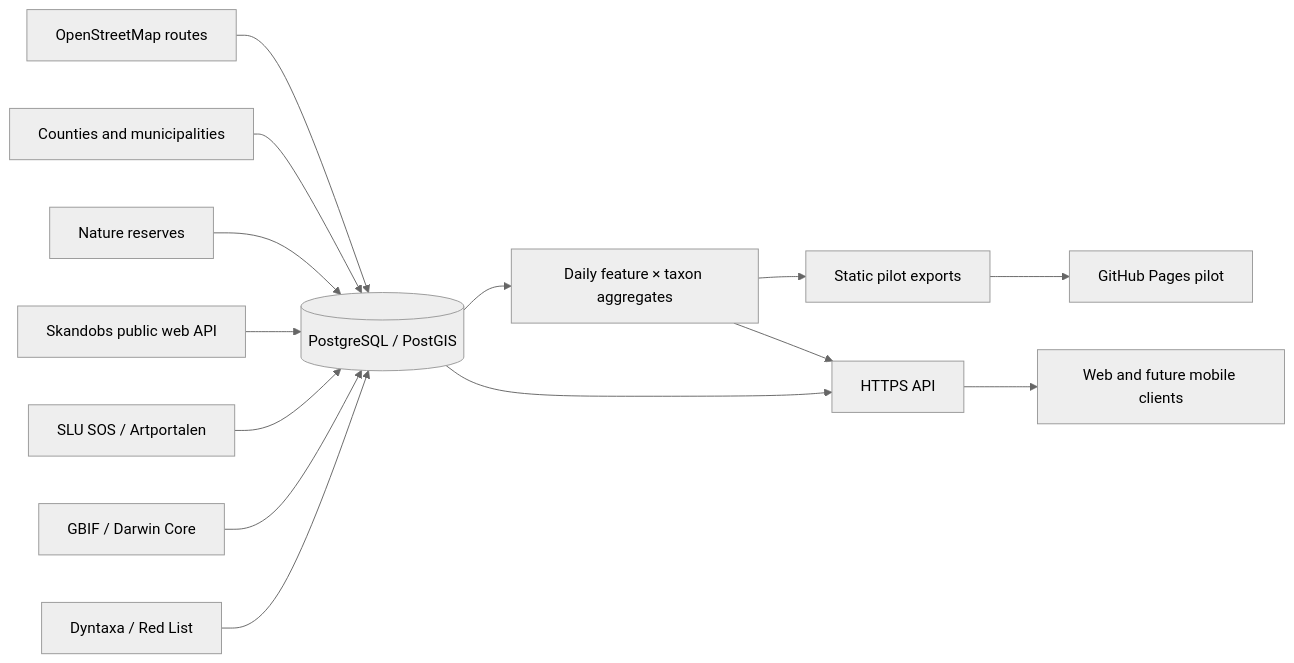
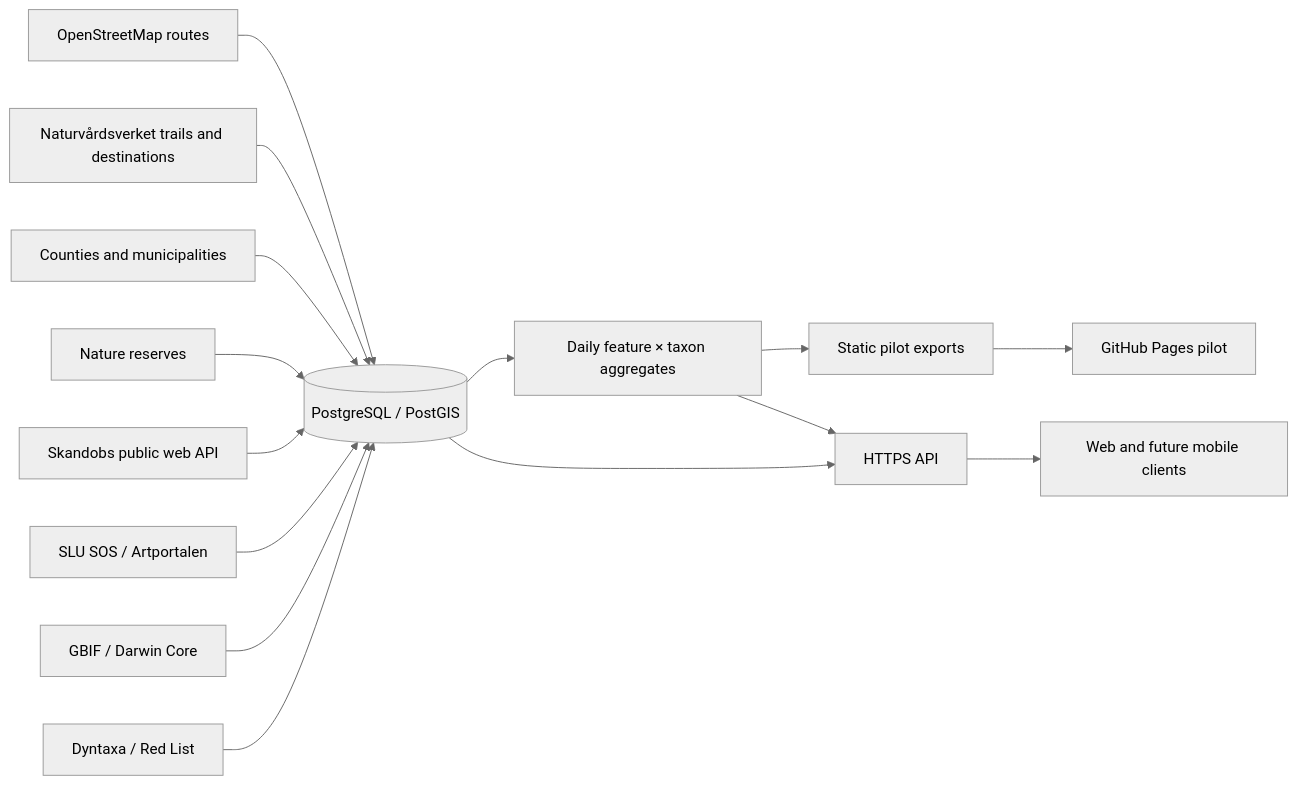
Before and after one commit to JakubPelka/VildaLeder: the diagram in README.md, drawn with Mermaid (neutral theme). The commit also changed other lines of this file and 18 other files, not shown here.

````diff
--- a/README.md
+++ b/README.md
@@ -357,16 +368,17 @@
 ```mermaid
 flowchart LR
     OSM[OpenStreetMap routes] --> DB[(PostgreSQL / PostGIS)]
+    NVL[Naturvårdsverket trails and destinations] --> DB
     Admin[Counties and municipalities] --> DB
     Reserves[Nature reserves] --> DB
     Skandobs[Skandobs public web API] --> DB
     SOS[SLU SOS / Artportalen] --> DB
     GBIF[GBIF / Darwin Core] --> DB
     Taxa[Dyntaxa / Red List] --> DB
     DB --> Daily[Daily feature × taxon aggregates]
     Daily --> Export[Static pilot exports]
     Daily --> API[HTTPS API]
     DB --> API
     Export --> Web[GitHub Pages pilot]
     API --> Clients[Web and future mobile clients]
 ```
````
